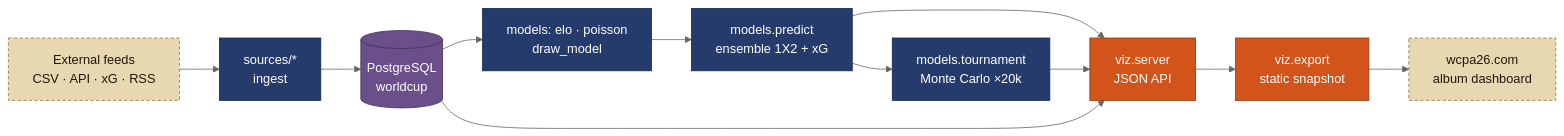
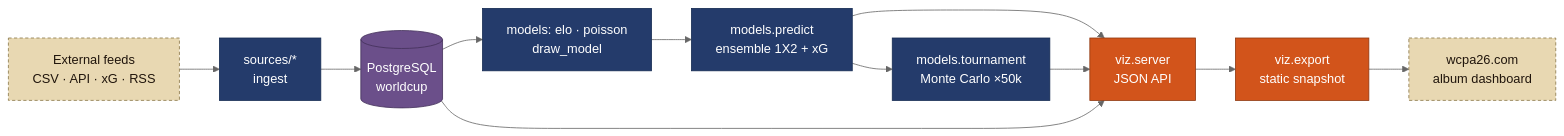
The second of 2 diagrams in ARCHITECTURE.md (businessofmmm-wq/WorldCup2026), drawn with Mermaid (neutral theme) before and after one commit. The commit also changed other lines of this file and 3 other files, not shown here.

````diff
--- a/ARCHITECTURE.md
+++ b/ARCHITECTURE.md
@@ -186,21 +205,21 @@
 ```mermaid
 flowchart LR
   classDef ext fill:#e8d8b2,stroke:#8a7647,color:#20150c,stroke-dasharray:4 3;
   classDef store fill:#6b4f8a,stroke:#43305a,color:#fff;
   classDef proc fill:#243b6b,stroke:#152b52,color:#fff;
   classDef out fill:#d2541b,stroke:#8f3710,color:#fff;
   SRC["External feeds<br/>CSV · API · xG · RSS"]:::ext
   ING["sources/*<br/>ingest"]:::proc
   PG[("PostgreSQL<br/>worldcup")]:::store
   TRAIN["models: elo · poisson<br/>draw_model"]:::proc
   PRED["models.predict<br/>ensemble 1X2 + xG"]:::proc
-  SIM["models.tournament<br/>Monte Carlo ×20k"]:::proc
+  SIM["models.tournament<br/>Monte Carlo ×50k"]:::proc
   API["viz.server<br/>JSON API"]:::out
   EXP["viz.export<br/>static snapshot"]:::out
   WEB["wcpa26.com<br/>album dashboard"]:::ext
   SRC --> ING --> PG
   PG --> TRAIN --> PRED --> SIM
   PRED --> API
   SIM --> API --> EXP --> WEB
   PG --> API
 ```
````
